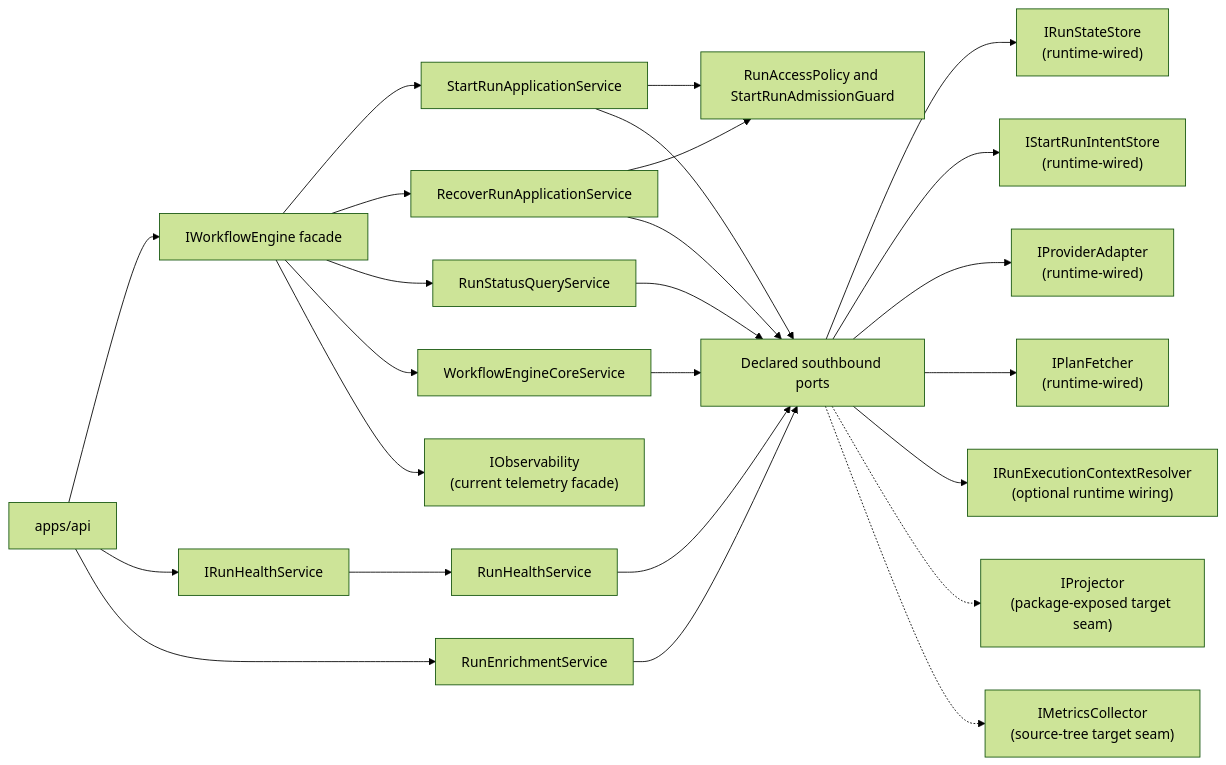
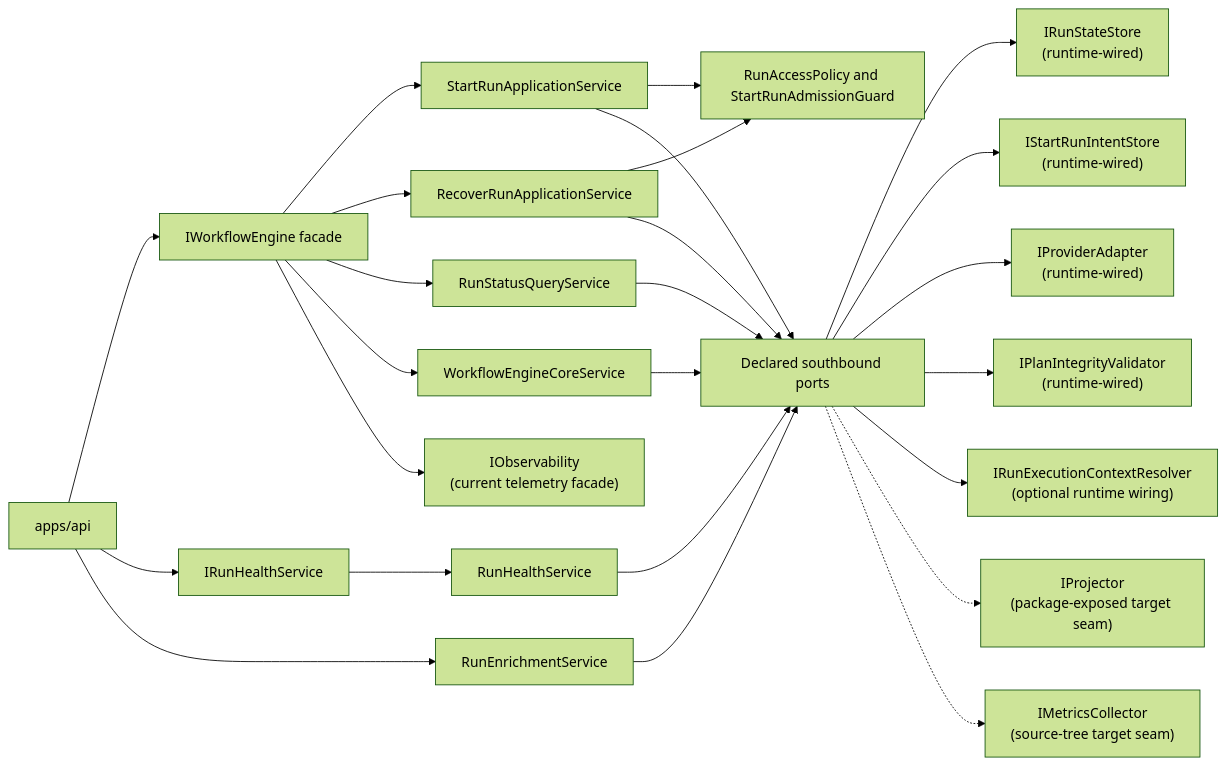
One commit to dunay2/dvt changed the diagram in docs/architecture/components/engine/index.md. Above: the diagram before and after it, drawn with Mermaid (forest theme). The commit also changed other lines of this file and 32 other files, not shown here.

````diff
--- a/docs/architecture/components/engine/index.md
+++ b/docs/architecture/components/engine/index.md
@@ -97,27 +97,27 @@
 ```mermaid
 flowchart LR
   Api["apps/api"] --> Engine["IWorkflowEngine facade"]
   Api --> HealthApi["IRunHealthService"]
   Api --> Enrich["RunEnrichmentService"]
   Engine --> StartRun["StartRunApplicationService"]
   Engine --> Recover["RecoverRunApplicationService"]
   Engine --> Query["RunStatusQueryService"]
   Engine --> Core["WorkflowEngineCoreService"]
   HealthApi --> Health["RunHealthService"]
   Recover --> Policy["RunAccessPolicy and StartRunAdmissionGuard"]
   StartRun --> Policy["RunAccessPolicy and StartRunAdmissionGuard"]
   StartRun --> Ports["Declared southbound ports"]
   Recover --> Ports
   Query --> Ports
   Health --> Ports
   Core --> Ports
   Enrich --> Ports
   Ports --> State["IRunStateStore<br/>(runtime-wired)"]
   Ports --> Intent["IStartRunIntentStore<br/>(runtime-wired)"]
   Ports --> Providers["IProviderAdapter<br/>(runtime-wired)"]
-  Ports --> Plan["IPlanFetcher<br/>(runtime-wired)"]
+  Ports --> Plan["IPlanIntegrityValidator<br/>(runtime-wired)"]
   Ports --> RunCtx["IRunExecutionContextResolver<br/>(optional runtime wiring)"]
   Ports -.-> Projector["IProjector<br/>(package-exposed target seam)"]
   Ports -.-> Metrics["IMetricsCollector<br/>(source-tree target seam)"]
   Engine --> Obs["IObservability<br/>(current telemetry facade)"]
 ```
````
